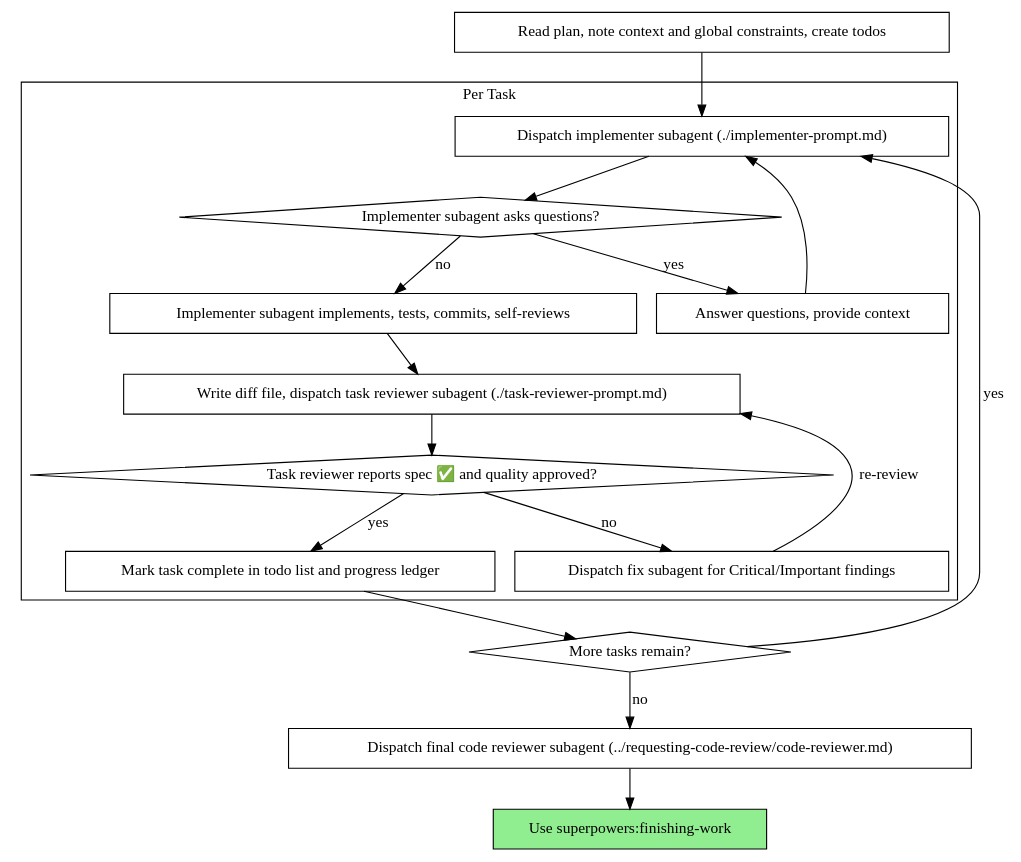
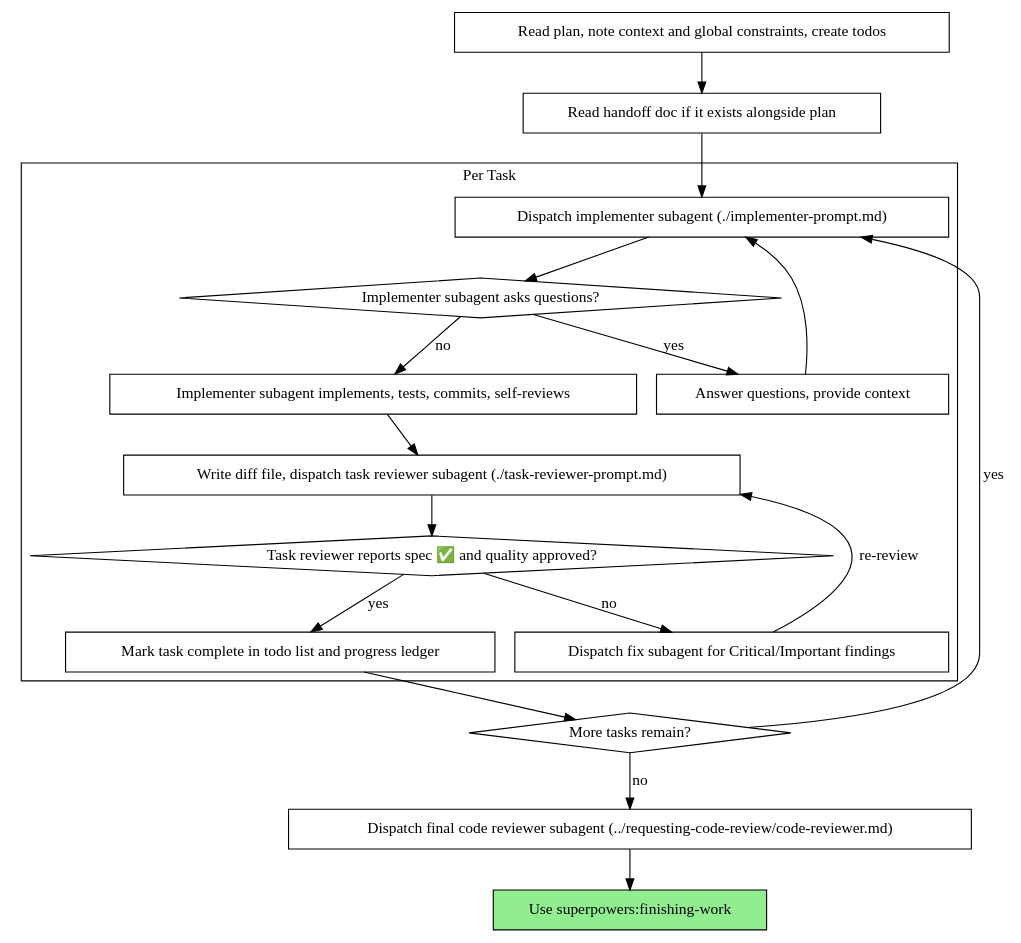
One commit to jackscan/superpowers changed the second of 2 diagrams in skills/subagent-driven-development/SKILL.md. Above: the diagram before and after it, drawn with Graphviz. The commit also changed other lines of this file and 2 other files, not shown here.

Commit message:
refactor: add handoff doc reading to execution skills
Update executing-plans and subagent-driven-development to read the
handoff doc alongside the plan when it exists. Update README with
the new plan-execution-entry skill and handoff doc generation in
the writing-plans workflow step.

````diff
--- a/skills/subagent-driven-development/SKILL.md
+++ b/skills/subagent-driven-development/SKILL.md
@@ -47,37 +47,39 @@
 ```dot
 digraph process {
     rankdir=TB;
 
     subgraph cluster_per_task {
         label="Per Task";
         "Dispatch implementer subagent (./implementer-prompt.md)" [shape=box];
         "Implementer subagent asks questions?" [shape=diamond];
         "Answer questions, provide context" [shape=box];
         "Implementer subagent implements, tests, commits, self-reviews" [shape=box];
         "Write diff file, dispatch task reviewer subagent (./task-reviewer-prompt.md)" [shape=box];
         "Task reviewer reports spec ✅ and quality approved?" [shape=diamond];
         "Dispatch fix subagent for Critical/Important findings" [shape=box];
         "Mark task complete in todo list and progress ledger" [shape=box];
     }
 
     "Read plan, note context and global constraints, create todos" [shape=box];
+    "Read handoff doc if it exists alongside plan" [shape=box];
     "More tasks remain?" [shape=diamond];
     "Dispatch final code reviewer subagent (../requesting-code-review/code-reviewer.md)" [shape=box];
     "Use superpowers:finishing-work" [shape=box style=filled fillcolor=lightgreen];
 
-    "Read plan, note context and global constraints, create todos" -> "Dispatch implementer subagent (./implementer-prompt.md)";
+    "Read plan, note context and global constraints, create todos" -> "Read handoff doc if it exists alongside plan";
+    "Read handoff doc if it exists alongside plan" -> "Dispatch implementer subagent (./implementer-prompt.md)";
     "Dispatch implementer subagent (./implementer-prompt.md)" -> "Implementer subagent asks questions?";
     "Implementer subagent asks questions?" -> "Answer questions, provide context" [label="yes"];
     "Answer questions, provide context" -> "Dispatch implementer subagent (./implementer-prompt.md)";
     "Implementer subagent asks questions?" -> "Implementer subagent implements, tests, commits, self-reviews" [label="no"];
     "Implementer subagent implements, tests, commits, self-reviews" -> "Write diff file, dispatch task reviewer subagent (./task-reviewer-prompt.md)";
     "Write diff file, dispatch task reviewer subagent (./task-reviewer-prompt.md)" -> "Task reviewer reports spec ✅ and quality approved?";
     "Task reviewer reports spec ✅ and quality approved?" -> "Dispatch fix subagent for Critical/Important findings" [label="no"];
     "Dispatch fix subagent for Critical/Important findings" -> "Write diff file, dispatch task reviewer subagent (./task-reviewer-prompt.md)" [label="re-review"];
     "Task reviewer reports spec ✅ and quality approved?" -> "Mark task complete in todo list and progress ledger" [label="yes"];
     "Mark task complete in todo list and progress ledger" -> "More tasks remain?";
     "More tasks remain?" -> "Dispatch implementer subagent (./implementer-prompt.md)" [label="yes"];
     "More tasks remain?" -> "Dispatch final code reviewer subagent (../requesting-code-review/code-reviewer.md)" [label="no"];
     "Dispatch final code reviewer subagent (../requesting-code-review/code-reviewer.md)" -> "Use superpowers:finishing-work";
 }
 ```
````
